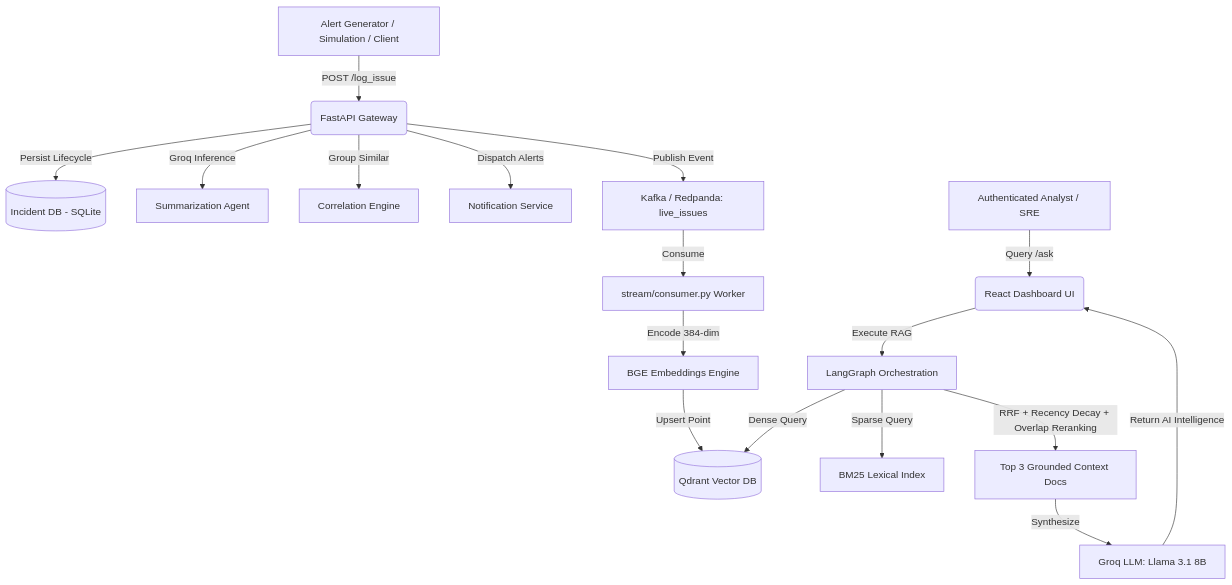
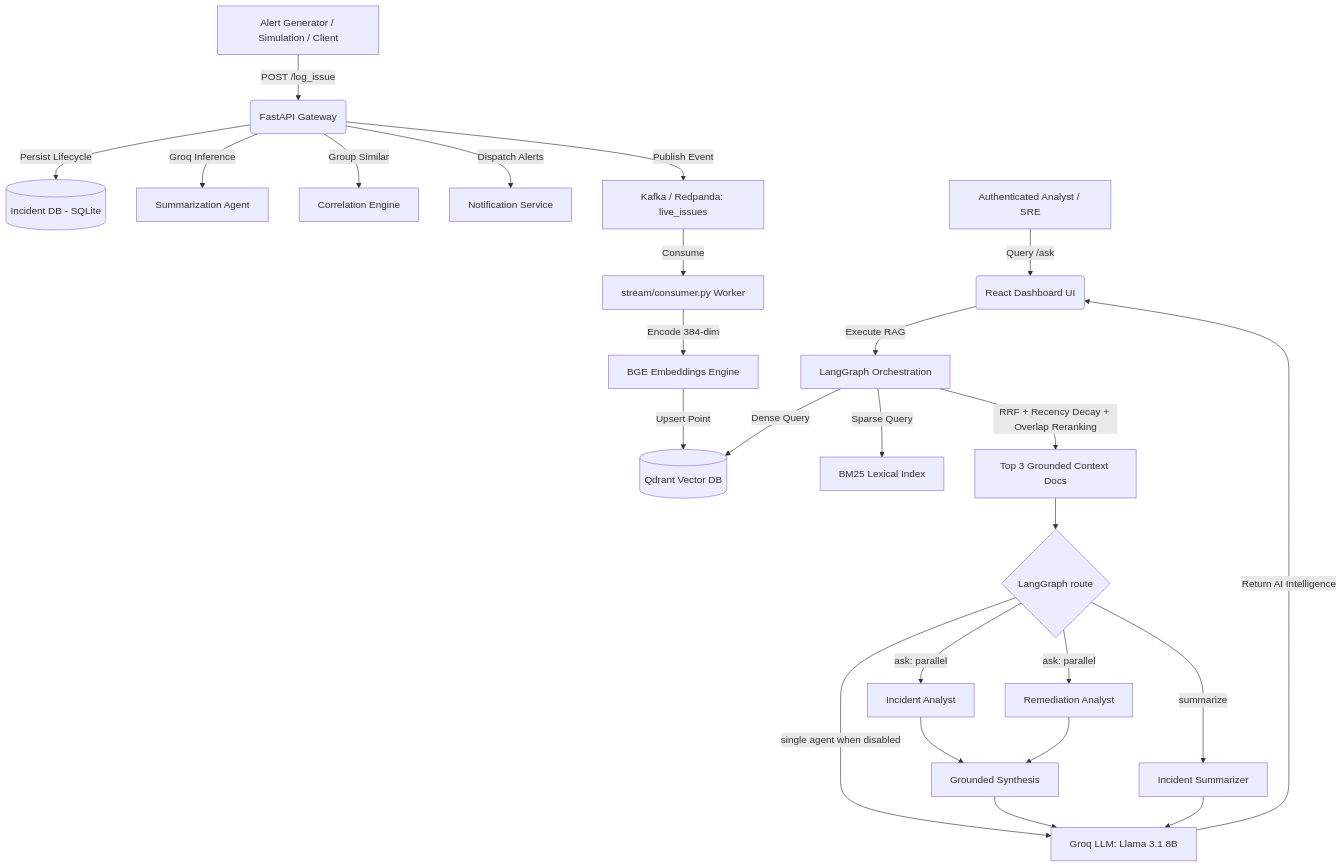
The diagram in README.md (krishshah122/RealTimerag), drawn with Mermaid before and after one commit. The commit also changed other lines of this file and 17 other files, not shown here.

````diff
--- a/README.md
+++ b/README.md
@@ -34,21 +34,29 @@
 ```mermaid
 graph TD
     A[Alert Generator / Simulation / Client] -->|POST /log_issue| B(FastAPI Gateway)
     B -->|Persist Lifecycle| C[(Incident DB - SQLite)]
     B -->|Groq Inference| D[Summarization Agent]
     B -->|Group Similar| E[Correlation Engine]
     B -->|Dispatch Alerts| F[Notification Service]
     B -->|Publish Event| G[Kafka / Redpanda: live_issues]
     
     G -->|Consume| H[stream/consumer.py Worker]
     H -->|Encode 384-dim| I[BGE Embeddings Engine]
     I -->|Upsert Point| J[(Qdrant Vector DB)]
 
     K[Authenticated Analyst / SRE] -->|Query /ask| L(React Dashboard UI)
     L -->|Execute RAG| M[LangGraph Orchestration]
     M -->|Dense Query| J
     M -->|Sparse Query| N[BM25 Lexical Index]
     M -->|RRF + Recency Decay + Overlap Reranking| O[Top 3 Grounded Context Docs]
-    O -->|Synthesize| P[Groq LLM: Llama 3.1 8B]
+    O --> Q{LangGraph route}
+    Q -->|ask: parallel| R[Incident Analyst]
+    Q -->|ask: parallel| S[Remediation Analyst]
+    Q -->|single agent when disabled| P
+    R --> T[Grounded Synthesis]
+    S --> T
+    Q -->|summarize| U[Incident Summarizer]
+    T --> P[Groq LLM: Llama 3.1 8B]
+    U --> P
     P -->|Return AI Intelligence| L
 ```
````
